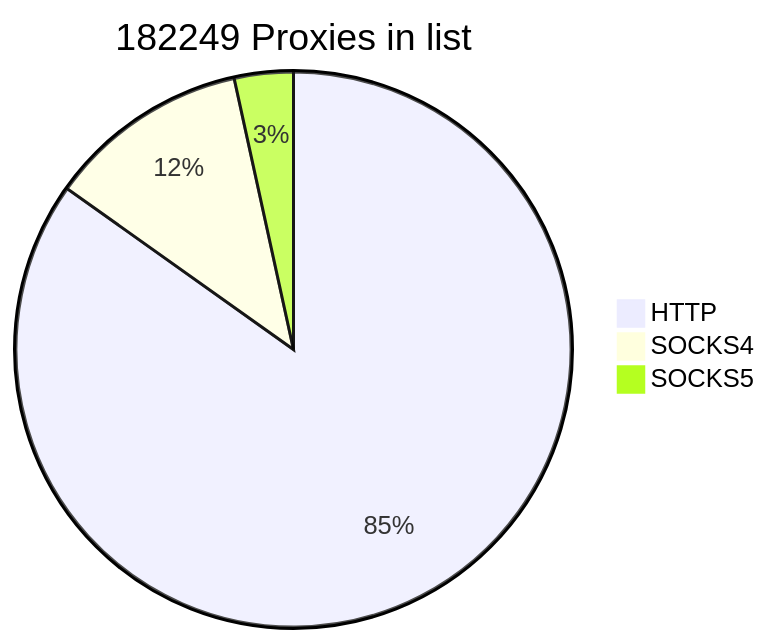
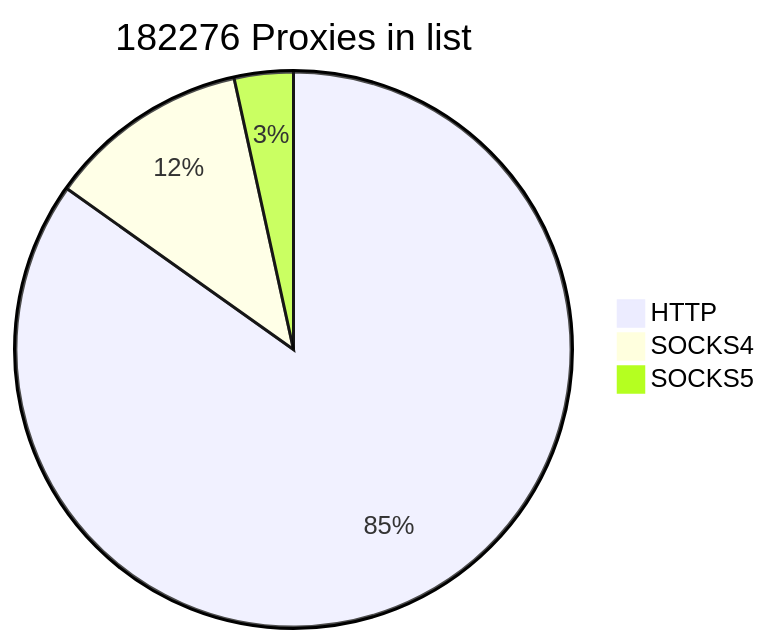
The first of 2 diagrams in README.md (cutipu/proxylist), drawn with Mermaid before and after one commit. The commit also changed other lines of this file, not shown here.

````diff
--- a/README.md
+++ b/README.md
@@ -2,7 +2,7 @@
 ```mermaid
-pie title 182249 Proxies in list
-    "HTTP" : 154609
-    "SOCKS4" : 21388
-    "SOCKS5" : 6252
+pie title 182276 Proxies in list
+    "HTTP" : 154628
+    "SOCKS4" : 21390
+    "SOCKS5" : 6258
             
 ```
````
